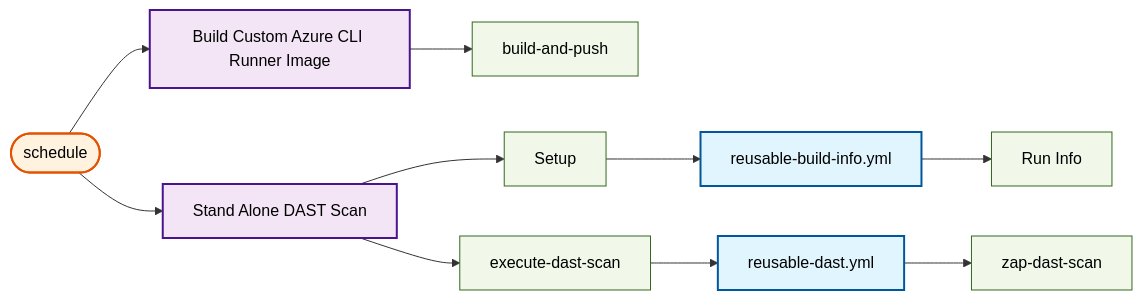
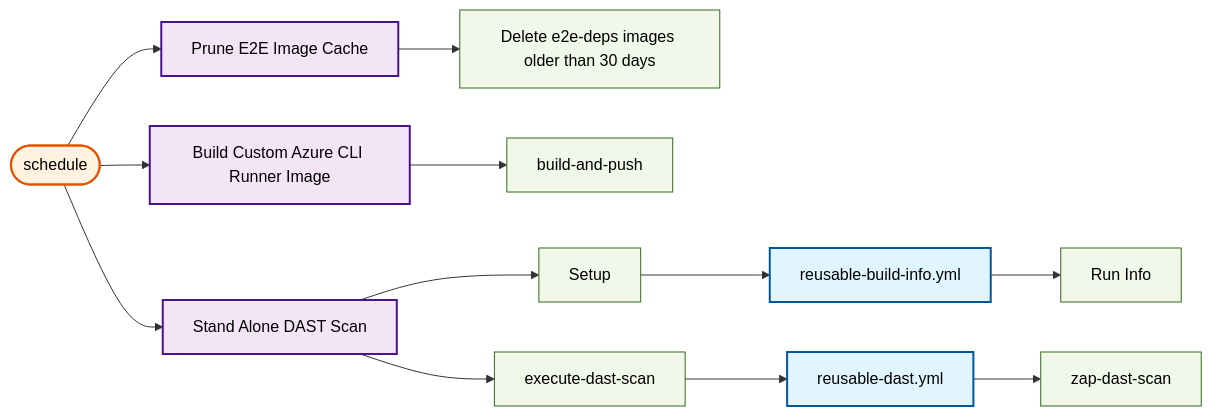
The tenth of 23 diagrams in docs/operations/workflow-diagram.md (US-Trustee-Program/Bankruptcy-Oversight-Support-Systems), drawn with Mermaid before and after one commit. The commit also changed other lines of this file and 4 other files, not shown here.

````diff
--- a/docs/operations/workflow-diagram.md
+++ b/docs/operations/workflow-diagram.md
@@ -515,39 +516,45 @@
 ```mermaid
 flowchart LR
     trigger_schedule(["schedule"])
+    prune_e2e_image_cache_yml["Prune E2E Image Cache"]
+    prune_e2e_image_cache_yml_prune["Delete e2e-deps images older than 30 days"]
     build_azure_cli_image_yml["Build Custom Azure CLI Runner Image"]
     build_azure_cli_image_yml_build_and_push["build-and-push"]
     dast_scan_yml["Stand Alone DAST Scan"]
     dast_scan_yml_setup["Setup"]
     reusable_build_info_yml["reusable-build-info.yml"]
     reusable_build_info_yml_build_info["Run Info"]
     dast_scan_yml_execute_dast_scan["execute-dast-scan"]
     reusable_dast_yml["reusable-dast.yml"]
     reusable_dast_yml_zap_dast_scan["zap-dast-scan"]
 
+    trigger_schedule --> prune_e2e_image_cache_yml
+    prune_e2e_image_cache_yml --> prune_e2e_image_cache_yml_prune
     trigger_schedule --> build_azure_cli_image_yml
     build_azure_cli_image_yml --> build_azure_cli_image_yml_build_and_push
     trigger_schedule --> dast_scan_yml
     dast_scan_yml --> dast_scan_yml_setup
     reusable_build_info_yml --> reusable_build_info_yml_build_info
     dast_scan_yml_setup --> reusable_build_info_yml
     dast_scan_yml --> dast_scan_yml_execute_dast_scan
     reusable_dast_yml --> reusable_dast_yml_zap_dast_scan
     dast_scan_yml_execute_dast_scan --> reusable_dast_yml
 
     classDef reusable fill:#e1f5fe,stroke:#01579b,stroke-width:2px,color:#000000
     classDef mainWorkflow fill:#f3e5f5,stroke:#4a148c,stroke-width:2px,color:#000000
     classDef trigger fill:#fff3e0,stroke:#e65100,stroke-width:2px,color:#000000
     classDef job fill:#f1f8e9,stroke:#33691e,stroke-width:1px,color:#000000
 
     class trigger_schedule trigger
+    class prune_e2e_image_cache_yml mainWorkflow
+    class prune_e2e_image_cache_yml_prune job
     class build_azure_cli_image_yml mainWorkflow
     class build_azure_cli_image_yml_build_and_push job
     class dast_scan_yml mainWorkflow
     class dast_scan_yml_setup job
     class reusable_build_info_yml reusable
     class reusable_build_info_yml_build_info job
     class dast_scan_yml_execute_dast_scan job
     class reusable_dast_yml reusable
     class reusable_dast_yml_zap_dast_scan job
 ```
````
